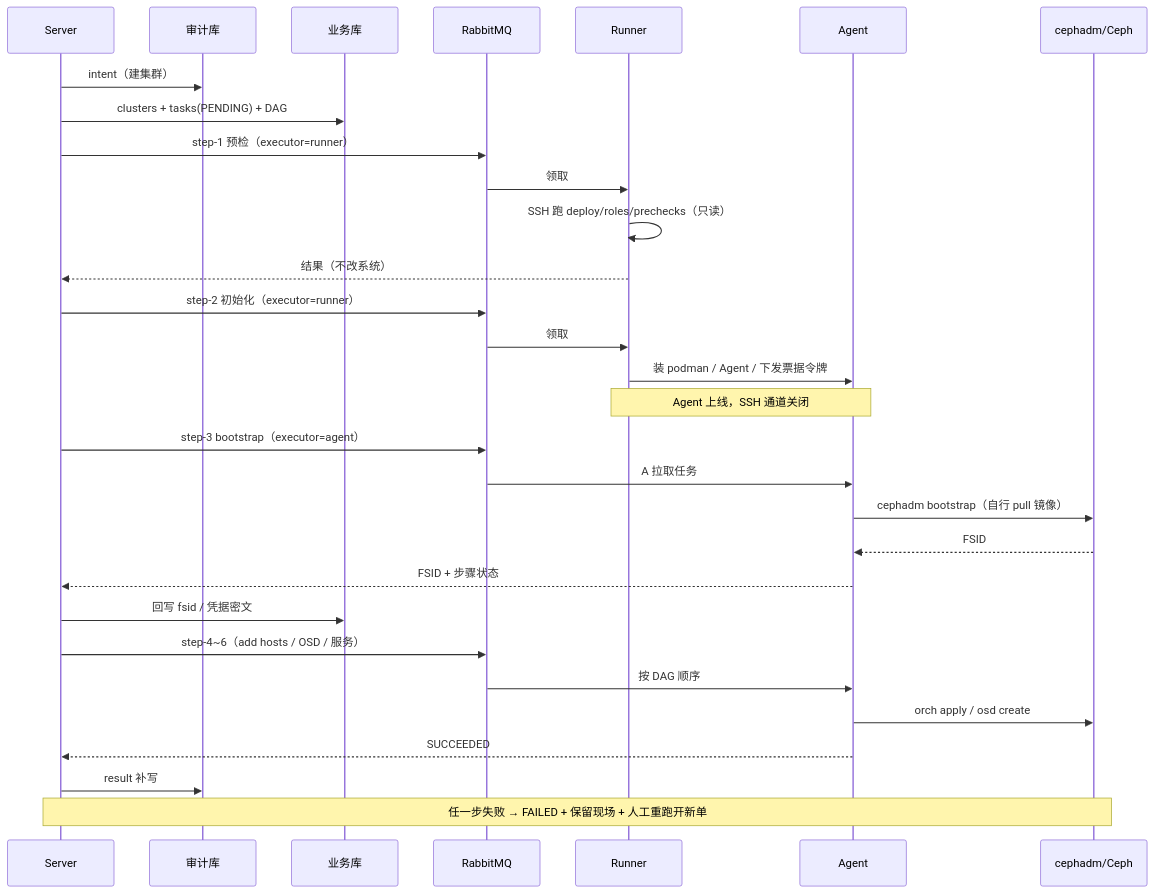
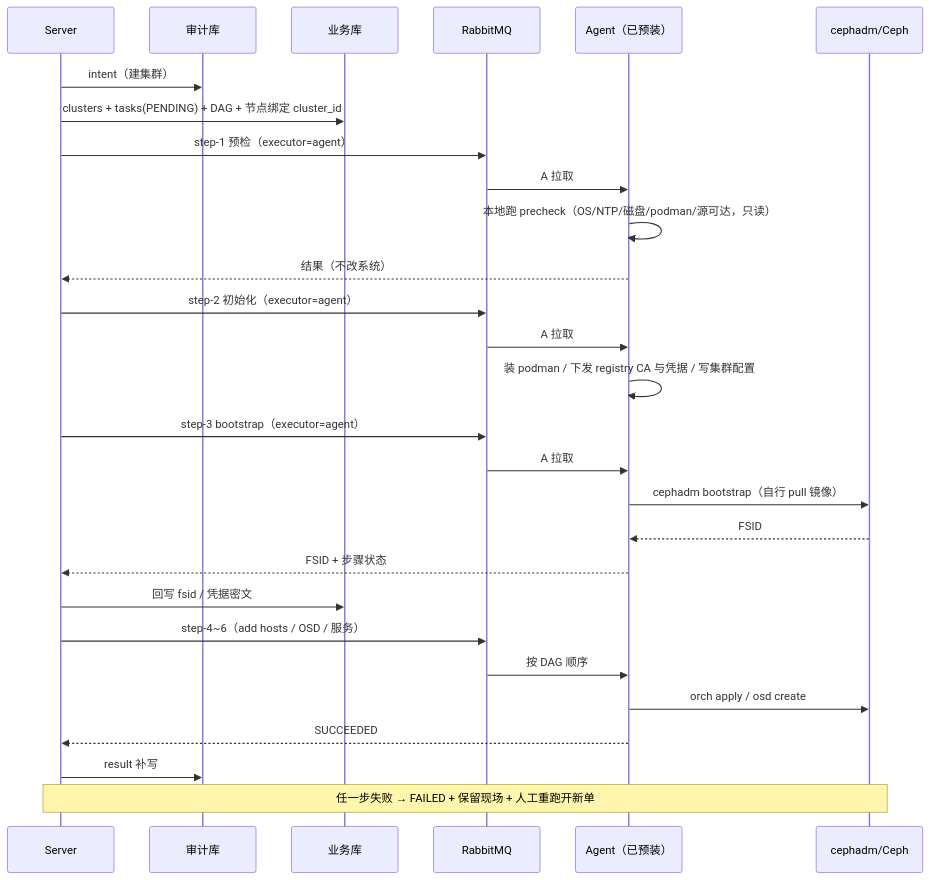
The seventh of 19 diagrams in docs/02-研发线/04-架构师/架构时序与数据流图册.md (lnsyyj/winter), drawn with Mermaid before and after one commit. The commit also changed other lines of this file and 17 other files, not shown here.

First line of the commit message:
docs(arch): Server 不再碰 Ceph，Agent 预装、运行期零 SSH（ADR-35）

````diff
--- a/docs/02-研发线/04-架构师/架构时序与数据流图册.md
+++ b/docs/02-研发线/04-架构师/架构时序与数据流图册.md
@@ -234,33 +225,31 @@
 ```mermaid
 sequenceDiagram
     participant S as Server
     participant ADB as 审计库
     participant PG as 业务库
     participant MQ as RabbitMQ
-    participant RN as Runner
-    participant A as Agent
+    participant A as Agent（已预装）
     participant CE as cephadm/Ceph
 
     S->>ADB: intent（建集群）
-    S->>PG: clusters + tasks(PENDING) + DAG
-    S->>MQ: step-1 预检（executor=runner）
-    MQ->>RN: 领取
-    RN->>RN: SSH 跑 deploy/roles/prechecks（只读）
-    RN-->>S: 结果（不改系统）
-    S->>MQ: step-2 初始化（executor=runner）
-    MQ->>RN: 领取
-    RN->>A: 装 podman / Agent / 下发票据令牌
-    Note over RN,A: Agent 上线，SSH 通道关闭
+    S->>PG: clusters + tasks(PENDING) + DAG + 节点绑定 cluster_id
+    S->>MQ: step-1 预检（executor=agent）
+    MQ->>A: A 拉取
+    A->>A: 本地跑 precheck（OS/NTP/磁盘/podman/源可达，只读）
+    A-->>S: 结果（不改系统）
+    S->>MQ: step-2 初始化（executor=agent）
+    MQ->>A: A 拉取
+    A->>A: 装 podman / 下发 registry CA 与凭据 / 写集群配置
     S->>MQ: step-3 bootstrap（executor=agent）
-    MQ->>A: A 拉取任务
+    MQ->>A: A 拉取
     A->>CE: cephadm bootstrap（自行 pull 镜像）
     CE-->>A: FSID
     A-->>S: FSID + 步骤状态
     S->>PG: 回写 fsid / 凭据密文
     S->>MQ: step-4~6（add hosts / OSD / 服务）
     MQ->>A: 按 DAG 顺序
     A->>CE: orch apply / osd create
     A-->>S: SUCCEEDED
     S->>ADB: result 补写
     Note over S,CE: 任一步失败 → FAILED + 保留现场 + 人工重跑开新单
 ```
````
